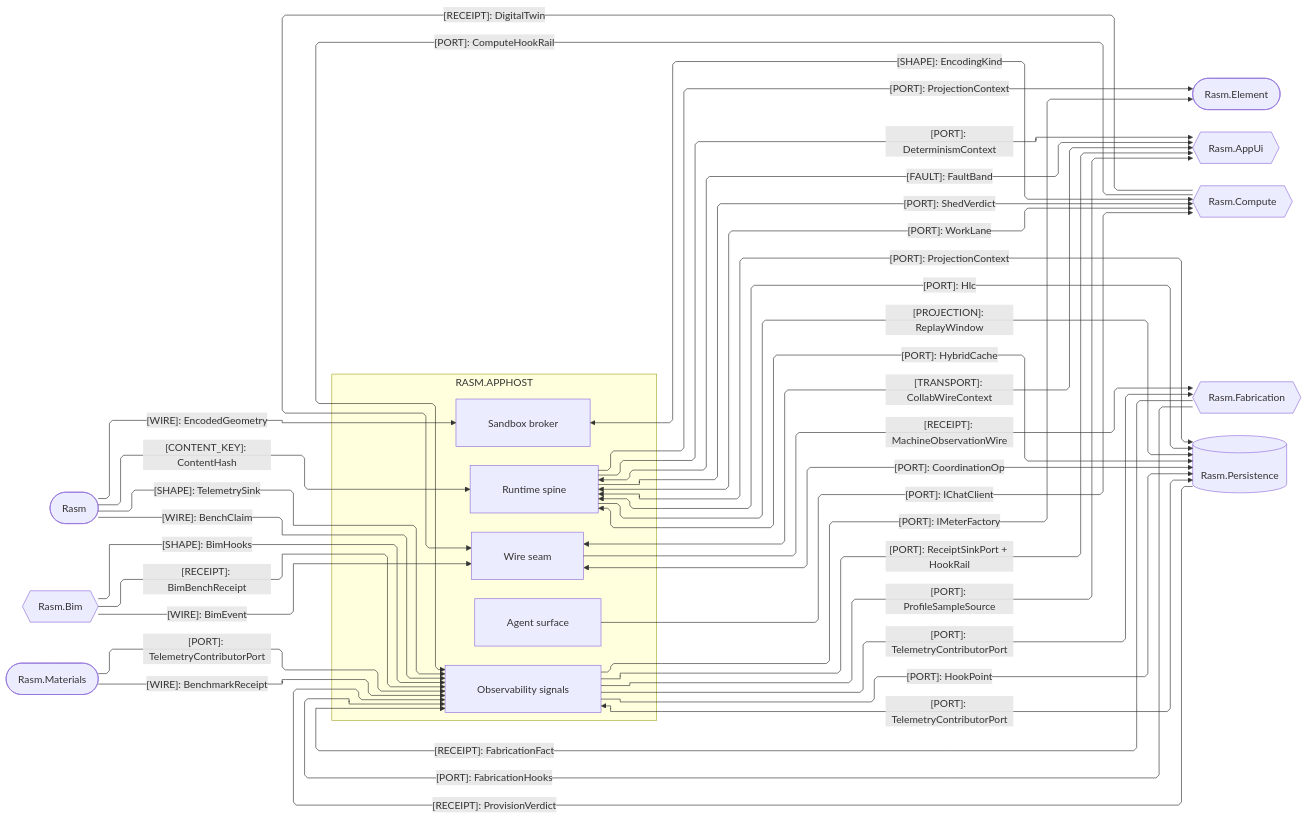
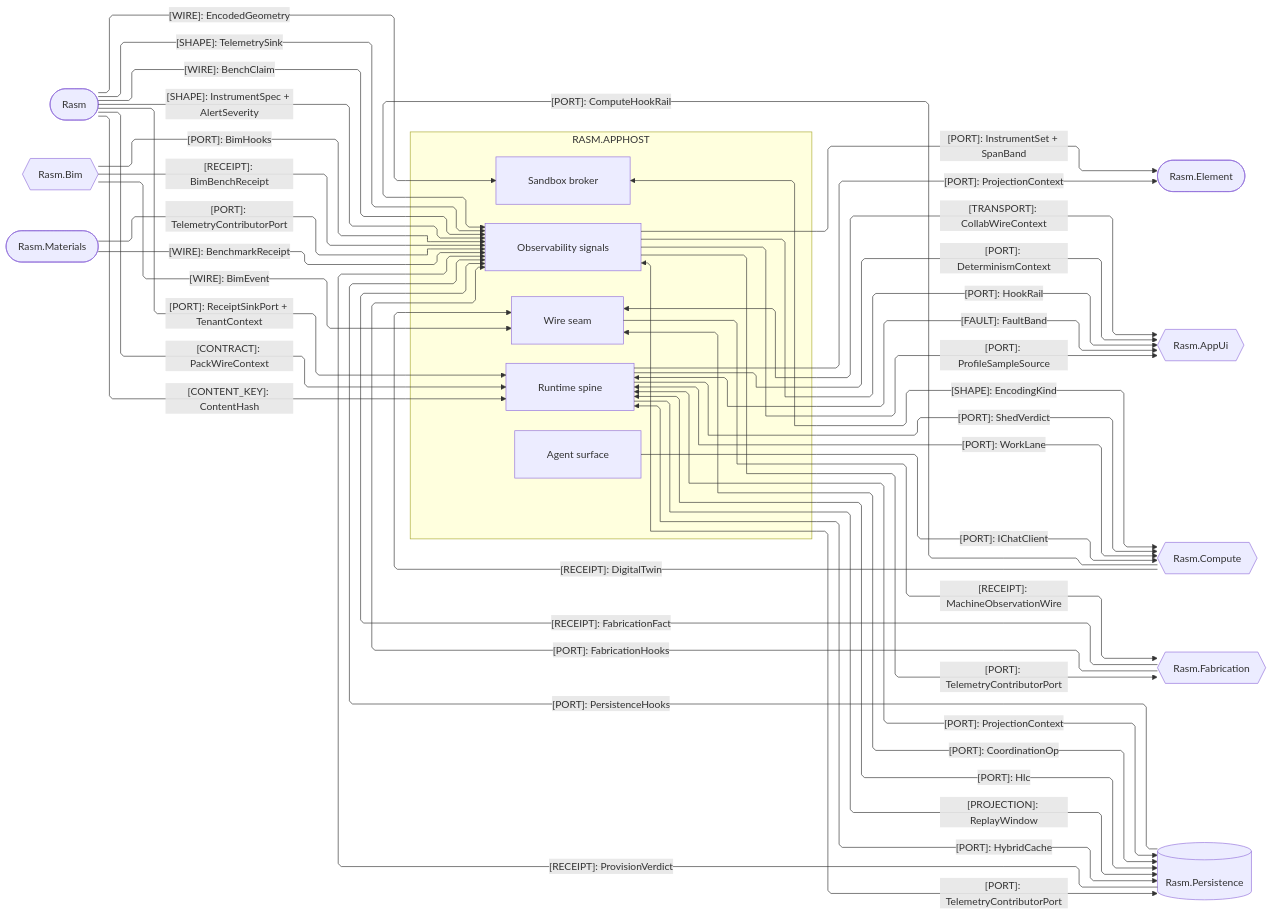
Before and after one commit to bsamiee/Rasm: the third of 4 diagrams in libs/csharp/Rasm.AppHost/ARCHITECTURE.md, drawn with Mermaid. The commit also changed other lines of this file and 249 other files, not shown here.

````diff
--- a/libs/csharp/Rasm.AppHost/ARCHITECTURE.md
+++ b/libs/csharp/Rasm.AppHost/ARCHITECTURE.md
@@ -150,61 +152,64 @@
 ```mermaid
 ---
 config:
   layout: elk
   flowchart:
     curve: linear
     padding: 25
 ---
 flowchart LR
     accTitle: AppHost C# platform seams
-    accDescr: AppHost sub-domain owners exchanging ports, shapes, wires, receipts, content keys, and faults with every C# peer, one edge per kind.
+    accDescr: AppHost sub-domain owners exchanging ports, shapes, wires, receipts, content keys, projections, transports, and faults with every C# peer, one edge per kind.
     subgraph apphost[RASM.APPHOST]
         Runtime[Runtime spine]
         Agent[Agent surface]
         Wire[Wire seam]
         Sandbox[Sandbox broker]
         Observability[Observability signals]
     end
     Kernel([Rasm])
     Bim{{Rasm.Bim}}
     Element([Rasm.Element])
     Materials([Rasm.Materials])
     AppUi{{Rasm.AppUi}}
     Compute{{Rasm.Compute}}
     Fabrication{{Rasm.Fabrication}}
     Persistence[(Rasm.Persistence)]
     Kernel -->|"[WIRE]: EncodedGeometry"| Sandbox
     Kernel e23@-->|"[SHAPE]: TelemetrySink"| Observability
     Kernel e24@-->|"[WIRE]: BenchClaim"| Observability
+    Kernel e40@-->|"[SHAPE]: InstrumentSpec + AlertSeverity"| Observability
     Kernel e30@-->|"[CONTENT_KEY]: ContentHash"| Runtime
-    Bim e25@-->|"[SHAPE]: BimHooks"| Observability
+    Kernel e42@-->|"[CONTRACT]: PackWireContext"| Runtime
+    Kernel e41@-->|"[PORT]: ReceiptSinkPort + TenantContext"| Runtime
+    Bim e25@-->|"[PORT]: BimHooks"| Observability
     Bim e26@-->|"[RECEIPT]: BimBenchReceipt"| Observability
     Bim e39@-->|"[WIRE]: BimEvent"| Wire
     Runtime e3@-->|"[PORT]: ProjectionContext"| Element
-    Observability e31@-->|"[PORT]: IMeterFactory"| Element
+    Observability e31@-->|"[PORT]: InstrumentSet + SpanBand"| Element
     Materials e32@-->|"[PORT]: TelemetryContributorPort"| Observability
     Materials e33@-->|"[WIRE]: BenchmarkReceipt"| Observability
     Runtime -->|"[PORT]: DeterminismContext"| AppUi
     Runtime e6@<-->|"[PORT]: ProjectionContext"| Persistence
     Wire e8@<-->|"[PORT]: CoordinationOp"| Persistence
     Runtime e15@<-->|"[PORT]: Hlc"| Persistence
     Runtime e16@-->|"[PROJECTION]: ReplayWindow"| Persistence
     Runtime e17@<-->|"[PORT]: HybridCache"| Persistence
     Persistence e18@-->|"[RECEIPT]: ProvisionVerdict"| Observability
     Observability e14@<-->|"[PORT]: TelemetryContributorPort"| Persistence
-    Observability e34@-->|"[PORT]: HookPoint"| Persistence
-    Observability e19@-->|"[PORT]: ReceiptSinkPort + HookRail"| AppUi
+    Persistence e34@-->|"[PORT]: PersistenceHooks"| Observability
+    Observability e19@-->|"[PORT]: HookRail"| AppUi
     Runtime e20@<-->|"[FAULT]: FaultBand"| AppUi
     Observability e27@-->|"[PORT]: ProfileSampleSource"| AppUi
     Fabrication e21@-->|"[RECEIPT]: FabricationFact"| Observability
     Fabrication e35@-->|"[PORT]: FabricationHooks"| Observability
     Observability e22@-->|"[PORT]: TelemetryContributorPort"| Fabrication
     Wire e28@-->|"[RECEIPT]: MachineObservationWire"| Fabrication
     Runtime -->|"[PORT]: ShedVerdict"| Compute
     Runtime e36@<-->|"[PORT]: WorkLane"| Compute
     Agent -->|"[PORT]: IChatClient"| Compute
     Compute e37@-->|"[PORT]: ComputeHookRail"| Observability
     Compute e38@-->|"[RECEIPT]: DigitalTwin"| Wire
     Wire e29@<-->|"[TRANSPORT]: CollabWireContext"| AppUi
     Sandbox <-->|"[SHAPE]: EncodingKind"| Compute
 ```
````
